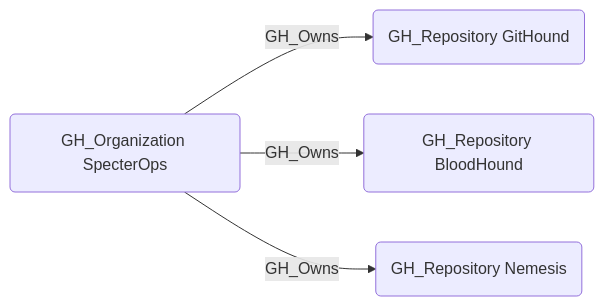
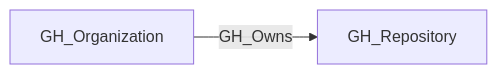
One commit to SpecterOps/bloodhound-docs changed the first of 2 diagrams in docs/opengraph/extensions/github/edges/gh_owns.mdx. Above: the diagram before and after it, drawn with Mermaid. The commit also changed other lines of this file and 292 other files, not shown here.

````diff
--- a/docs/opengraph/extensions/github/edges/gh_owns.mdx
+++ b/docs/opengraph/extensions/github/edges/gh_owns.mdx
@@ -19,10 +16,6 @@
 ```mermaid
-graph LR
-    node1("GH_Organization SpecterOps")
-    node2("GH_Repository GitHound")
-    node3("GH_Repository BloodHound")
-    node4("GH_Repository Nemesis")
-    node1 -- GH_Owns --> node2
-    node1 -- GH_Owns --> node3
-    node1 -- GH_Owns --> node4
+flowchart LR
+    GH_Organization["GH_Organization"]
+    GH_Repository["GH_Repository"]
+    GH_Organization -- GH_Owns --> GH_Repository
 ```
````
